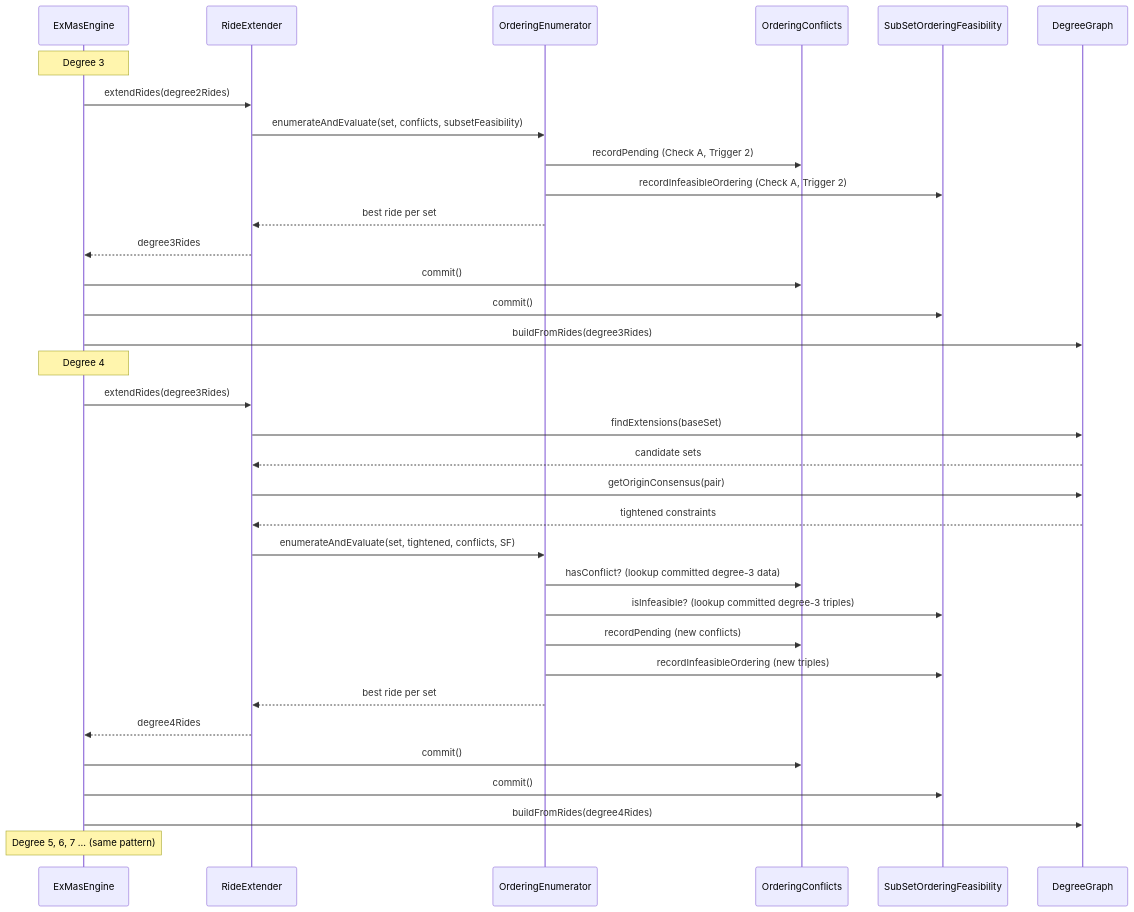
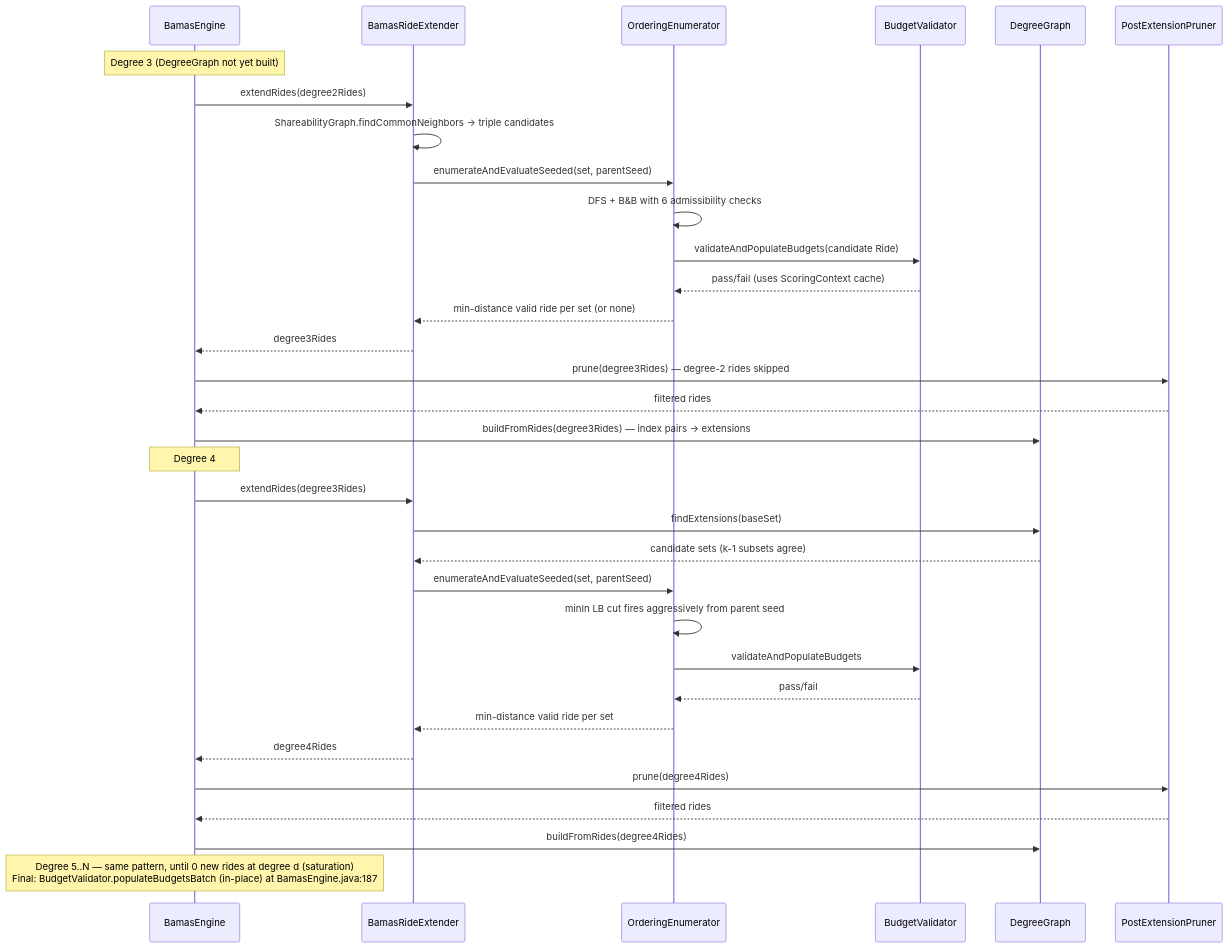
Before and after one commit to Chrigarr9/matsim-libs: the sixth of 23 diagrams in contribs/drt-demand-extraction/docs/drt-demand-extraction-architecture.md, drawn with Mermaid. The commit also changed other lines of this file, not shown here.

First line of the commit message:
docs: rewrite drt-demand-extraction-architecture.md to current code-truth

````diff
--- a/contribs/drt-demand-extraction/docs/drt-demand-extraction-architecture.md
+++ b/contribs/drt-demand-extraction/docs/drt-demand-extraction-architecture.md
@@ -386,39 +309,38 @@
 ```mermaid
 sequenceDiagram
-    participant E as ExMasEngine
-    participant RE as RideExtender
+    participant E as BamasEngine
+    participant RE as BamasRideExtender
     participant OE as OrderingEnumerator
-    participant OC as OrderingConflicts
-    participant SF as SubSetOrderingFeasibility
+    participant BV as BudgetValidator
     participant DG as DegreeGraph
+    participant PR as PostExtensionPruner
 
-    Note over E: Degree 3
+    Note over E: Degree 3 (DegreeGraph not yet built)
     E->>RE: extendRides(degree2Rides)
-    RE->>OE: enumerateAndEvaluate(set, conflicts, subsetFeasibility)
-    OE->>OC: recordPending (Check A, Trigger 2)
-    OE->>SF: recordInfeasibleOrdering (Check A, Trigger 2)
-    OE-->>RE: best ride per set
+    RE->>RE: ShareabilityGraph.findCommonNeighbors → triple candidates
+    RE->>OE: enumerateAndEvaluateSeeded(set, parentSeed)
+    OE->>OE: DFS + B&B with 6 admissibility checks
+    OE->>BV: validateAndPopulateBudgets(candidate Ride)
+    BV-->>OE: pass/fail (uses ScoringContext cache)
+    OE-->>RE: min-distance valid ride per set (or none)
     RE-->>E: degree3Rides
-    E->>OC: commit()
-    E->>SF: commit()
-    E->>DG: buildFromRides(degree3Rides)
+    E->>PR: prune(degree3Rides) — degree-2 rides skipped
+    PR-->>E: filtered rides
+    E->>DG: buildFromRides(degree3Rides) — index pairs → extensions
 
     Note over E: Degree 4
     E->>RE: extendRides(degree3Rides)
     RE->>DG: findExtensions(baseSet)
-    DG-->>RE: candidate sets
-    RE->>DG: getOriginConsensus(pair)
-    DG-->>RE: tightened constraints
-    RE->>OE: enumerateAndEvaluate(set, tightened, conflicts, SF)
-    OE->>OC: hasConflict? (lookup committed degree-3 data)
-    OE->>SF: isInfeasible? (lookup committed degree-3 triples)
-    OE->>OC: recordPending (new conflicts)
-    OE->>SF: recordInfeasibleOrdering (new triples)
-    OE-->>RE: best ride per set
+    DG-->>RE: candidate sets (k-1 subsets agree)
+    RE->>OE: enumerateAndEvaluateSeeded(set, parentSeed)
+    OE->>OE: minIn LB cut fires aggressively from parent seed
+    OE->>BV: validateAndPopulateBudgets
+    BV-->>OE: pass/fail
+    OE-->>RE: min-distance valid ride per set
     RE-->>E: degree4Rides
-    E->>OC: commit()
-    E->>SF: commit()
+    E->>PR: prune(degree4Rides)
+    PR-->>E: filtered rides
     E->>DG: buildFromRides(degree4Rides)
 
-    Note over E: Degree 5, 6, 7 ... (same pattern)
+    Note over E: Degree 5..N — same pattern, until 0 new rides at degree d (saturation)<br/>Final: BudgetValidator.populateBudgetsBatch (in-place) at BamasEngine.java:187
 ```
````
